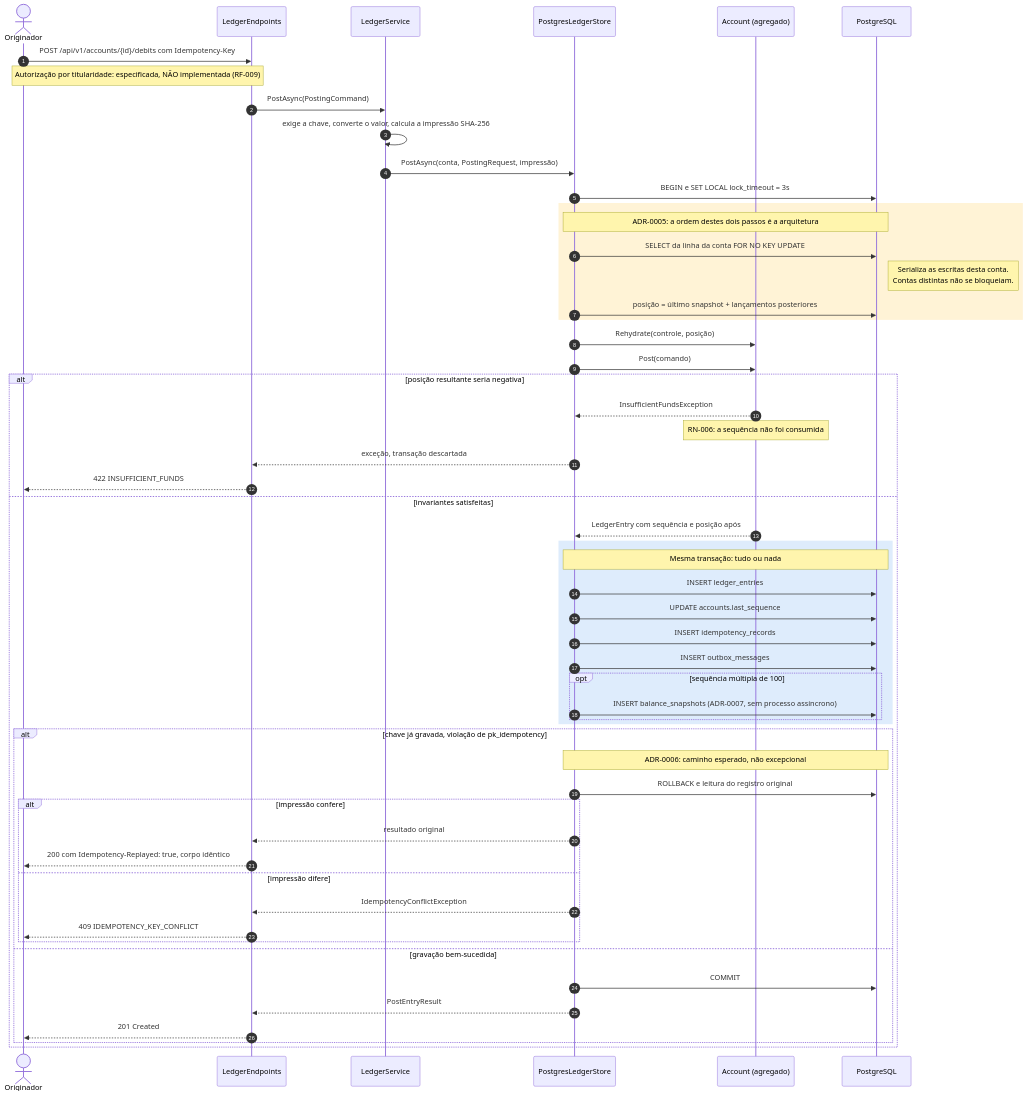
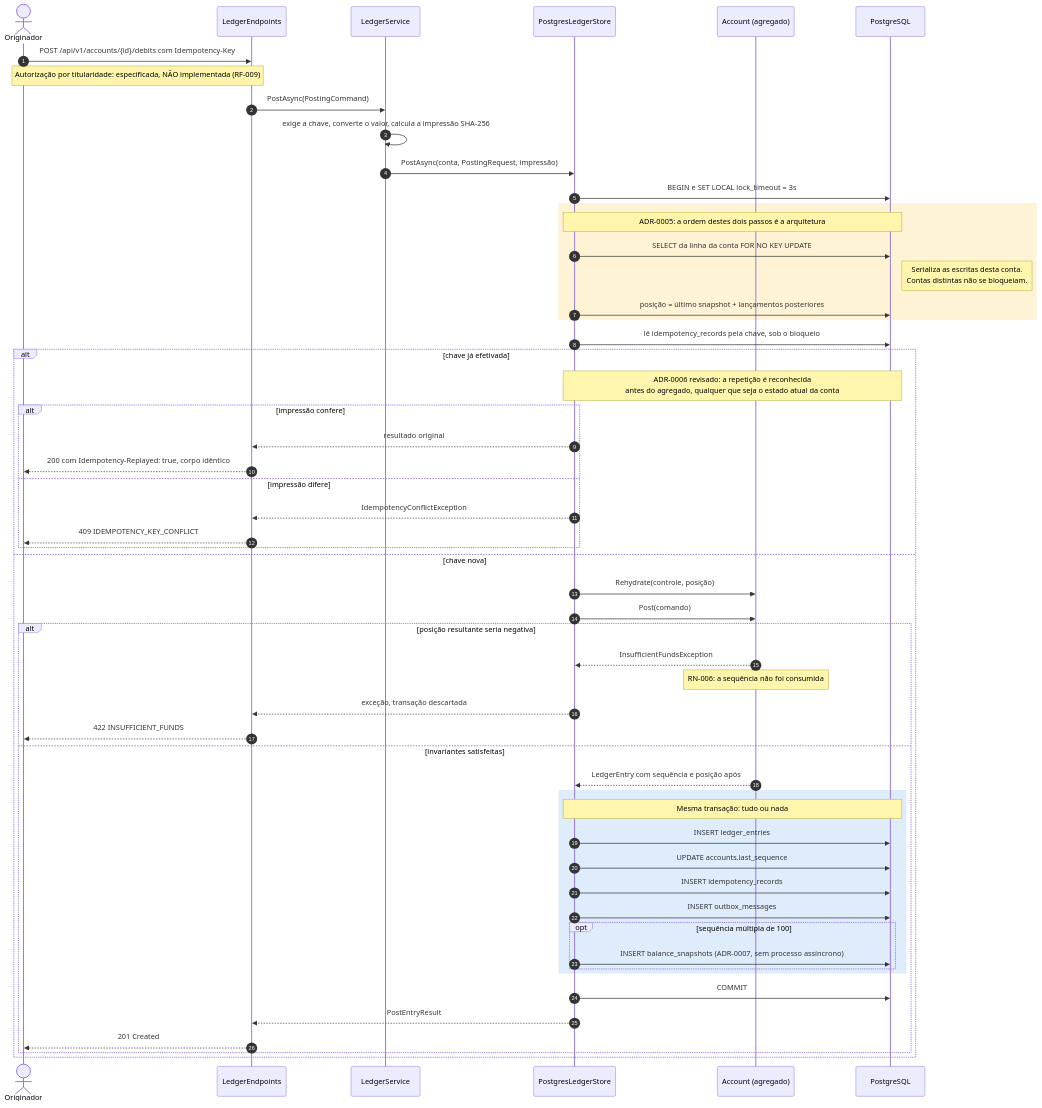
One commit to eduardojnet/PacioliBank changed the diagram in docs/diagrams/c4-sequencia-debito.md. Above: the diagram before and after it, drawn with Mermaid. The commit also changed other lines of this file and 10 other files, not shown here.

Commit message:
fix(persistence): reconhece a repeticao idempotente sob o bloqueio, antes do agregado (L-10)

````diff
--- a/docs/diagrams/c4-sequencia-debito.md
+++ b/docs/diagrams/c4-sequencia-debito.md
@@ -5,63 +5,64 @@
 ```mermaid
 sequenceDiagram
     autonumber
     actor O as Originador
     participant E as LedgerEndpoints
     participant S as LedgerService
     participant P as PostgresLedgerStore
     participant A as Account (agregado)
     participant DB as PostgreSQL
 
     O->>E: POST /api/v1/accounts/{id}/debits com Idempotency-Key
     Note over O,E: Autorização por titularidade: especificada, NÃO implementada (RF-009)
     E->>S: PostAsync(PostingCommand)
     S->>S: exige a chave, converte o valor, calcula a impressão SHA-256
     S->>P: PostAsync(conta, PostingRequest, impressão)
     P->>DB: BEGIN e SET LOCAL lock_timeout = 3s
 
     rect rgb(255, 243, 214)
         Note over P,DB: ADR-0005: a ordem destes dois passos é a arquitetura
         P->>DB: SELECT da linha da conta FOR NO KEY UPDATE
         Note right of DB: Serializa as escritas desta conta.<br/>Contas distintas não se bloqueiam.
         P->>DB: posição = último snapshot + lançamentos posteriores
     end
 
-    P->>A: Rehydrate(controle, posição)
-    P->>A: Post(comando)
+    P->>DB: lê idempotency_records pela chave, sob o bloqueio
 
-    alt posição resultante seria negativa
-        A-->>P: InsufficientFundsException
-        Note over A: RN-006: a sequência não foi consumida
-        P-->>E: exceção, transação descartada
-        E-->>O: 422 INSUFFICIENT_FUNDS
-    else invariantes satisfeitas
-        A-->>P: LedgerEntry com sequência e posição após
+    alt chave já efetivada
+        Note over P,DB: ADR-0006 revisado: a repetição é reconhecida<br/>antes do agregado, qualquer que seja o estado atual da conta
+        alt impressão confere
+            P-->>E: resultado original
+            E-->>O: 200 com Idempotency-Replayed: true, corpo idêntico
+        else impressão difere
+            P-->>E: IdempotencyConflictException
+            E-->>O: 409 IDEMPOTENCY_KEY_CONFLICT
+        end
+    else chave nova
+        P->>A: Rehydrate(controle, posição)
+        P->>A: Post(comando)
 
-        rect rgb(222, 236, 252)
-            Note over P,DB: Mesma transação: tudo ou nada
-            P->>DB: INSERT ledger_entries
-            P->>DB: UPDATE accounts.last_sequence
-            P->>DB: INSERT idempotency_records
-            P->>DB: INSERT outbox_messages
-            opt sequência múltipla de 100
-                P->>DB: INSERT balance_snapshots (ADR-0007, sem processo assíncrono)
+        alt posição resultante seria negativa
+            A-->>P: InsufficientFundsException
+            Note over A: RN-006: a sequência não foi consumida
+            P-->>E: exceção, transação descartada
+            E-->>O: 422 INSUFFICIENT_FUNDS
+        else invariantes satisfeitas
+            A-->>P: LedgerEntry com sequência e posição após
+
+            rect rgb(222, 236, 252)
+                Note over P,DB: Mesma transação: tudo ou nada
+                P->>DB: INSERT ledger_entries
+                P->>DB: UPDATE accounts.last_sequence
+                P->>DB: INSERT idempotency_records
+                P->>DB: INSERT outbox_messages
+                opt sequência múltipla de 100
+                    P->>DB: INSERT balance_snapshots (ADR-0007, sem processo assíncrono)
+                end
             end
-        end
 
-        alt chave já gravada, violação de pk_idempotency
-            Note over P,DB: ADR-0006: caminho esperado, não excepcional
-            P->>DB: ROLLBACK e leitura do registro original
-            alt impressão confere
-                P-->>E: resultado original
-                E-->>O: 200 com Idempotency-Replayed: true, corpo idêntico
-            else impressão difere
-                P-->>E: IdempotencyConflictException
-                E-->>O: 409 IDEMPOTENCY_KEY_CONFLICT
-            end
-        else gravação bem-sucedida
             P->>DB: COMMIT
             P-->>E: PostEntryResult
             E-->>O: 201 Created
         end
     end
 ```
````
